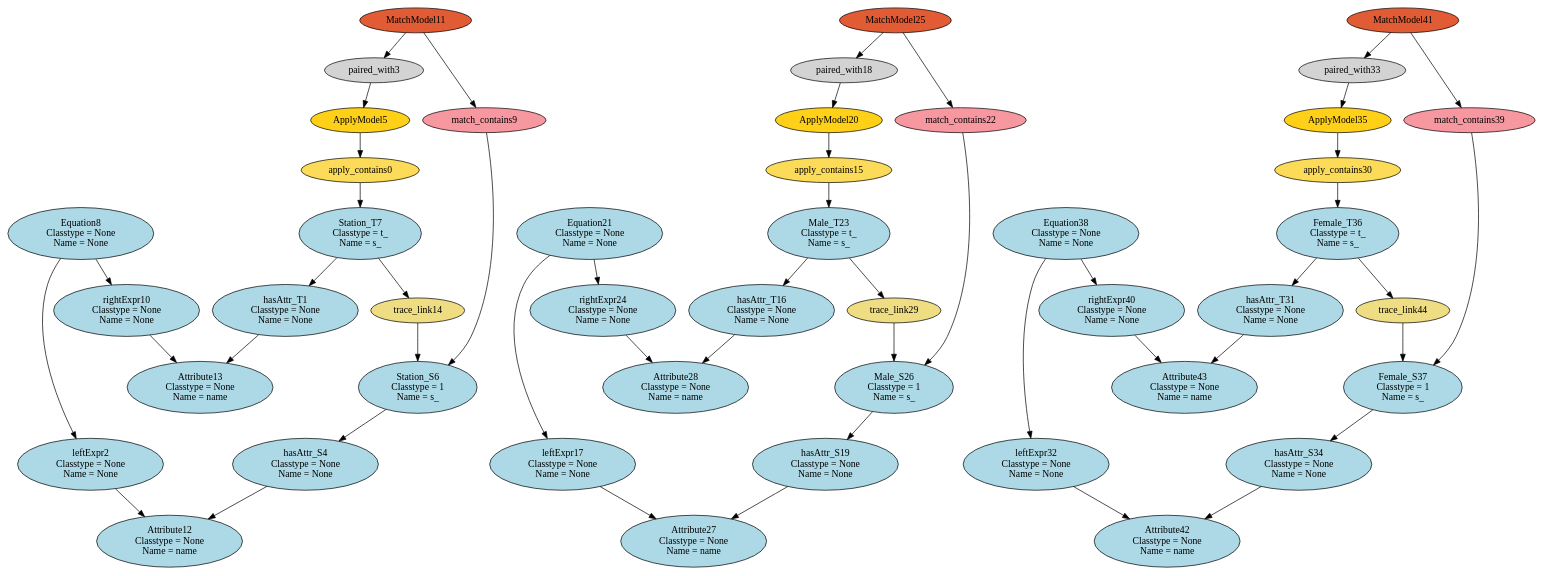
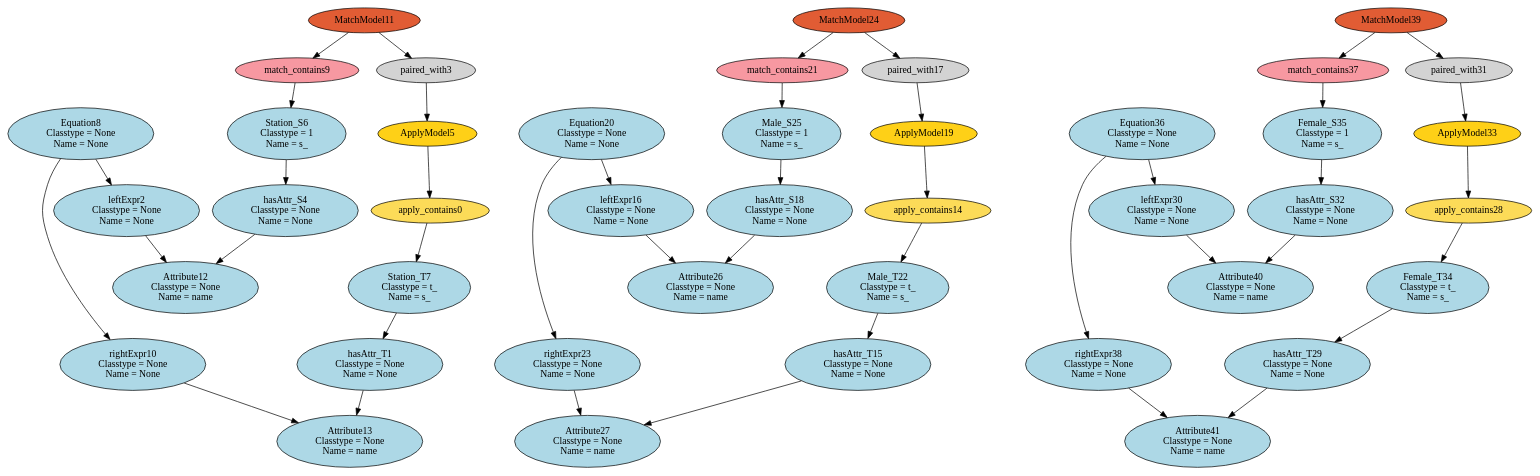
One commit to levilucio/SyVOLT changed the diagram in dot/HEmptyPathCondition_HS2S_HM2M_HF2F.dot. Above: the diagram before and after it, drawn with Graphviz. The commit also changed 146 other files, not shown here.

```diff
--- a/dot/HEmptyPathCondition_HS2S_HM2M_HF2F.dot
+++ b/dot/HEmptyPathCondition_HS2S_HM2M_HF2F.dot
@@ -1,95 +1,86 @@
 digraph HEmptyPathCondition_HS2S_HM2M_HF2F {
 apply_contains0 [style=filled, fillcolor="#FCDB58"];
 "hasAttr_T1\n Classtype = None\n Name = None" [style=filled, fillcolor=lightblue];
 "leftExpr2\n Classtype = None\n Name = None" [style=filled, fillcolor=lightblue];
 paired_with3 [style=filled, fillcolor=lightgray];
 "hasAttr_S4\n Classtype = None\n Name = None" [style=filled, fillcolor=lightblue];
 ApplyModel5 [style=filled, fillcolor="#FED017"];
 "Station_S6\n Classtype = 1\n Name = s_" [style=filled, fillcolor=lightblue];
 "Station_T7\n Classtype = t_\n Name = s_" [style=filled, fillcolor=lightblue];
 "Equation8\n Classtype = None\n Name = None" [style=filled, fillcolor=lightblue];
 match_contains9 [style=filled, fillcolor="#F798A1"];
 "rightExpr10\n Classtype = None\n Name = None" [style=filled, fillcolor=lightblue];
 MatchModel11 [style=filled, fillcolor="#E15C34"];
 "Attribute12\n Classtype = None\n Name = name" [style=filled, fillcolor=lightblue];
 "Attribute13\n Classtype = None\n Name = name" [style=filled, fillcolor=lightblue];
-trace_link14 [style=filled, fillcolor=lightgoldenrod];
-apply_contains15 [style=filled, fillcolor="#FCDB58"];
-"hasAttr_T16\n Classtype = None\n Name = None" [style=filled, fillcolor=lightblue];
-"leftExpr17\n Classtype = None\n Name = None" [style=filled, fillcolor=lightblue];
-paired_with18 [style=filled, fillcolor=lightgray];
-"hasAttr_S19\n Classtype = None\n Name = None" [style=filled, fillcolor=lightblue];
-ApplyModel20 [style=filled, fillcolor="#FED017"];
-"Equation21\n Classtype = None\n Name = None" [style=filled, fillcolor=lightblue];
-match_contains22 [style=filled, fillcolor="#F798A1"];
-"Male_T23\n Classtype = t_\n Name = s_" [style=filled, fillcolor=lightblue];
-"rightExpr24\n Classtype = None\n Name = None" [style=filled, fillcolor=lightblue];
-MatchModel25 [style=filled, fillcolor="#E15C34"];
-"Male_S26\n Classtype = 1\n Name = s_" [style=filled, fillcolor=lightblue];
+apply_contains14 [style=filled, fillcolor="#FCDB58"];
+"hasAttr_T15\n Classtype = None\n Name = None" [style=filled, fillcolor=lightblue];
+"leftExpr16\n Classtype = None\n Name = None" [style=filled, fillcolor=lightblue];
+paired_with17 [style=filled, fillcolor=lightgray];
+"hasAttr_S18\n Classtype = None\n Name = None" [style=filled, fillcolor=lightblue];
+ApplyModel19 [style=filled, fillcolor="#FED017"];
+"Equation20\n Classtype = None\n Name = None" [style=filled, fillcolor=lightblue];
+match_contains21 [style=filled, fillcolor="#F798A1"];
+"Male_T22\n Classtype = t_\n Name = s_" [style=filled, fillcolor=lightblue];
+"rightExpr23\n Classtype = None\n Name = None" [style=filled, fillcolor=lightblue];
+MatchModel24 [style=filled, fillcolor="#E15C34"];
+"Male_S25\n Classtype = 1\n Name = s_" [style=filled, fillcolor=lightblue];
+"Attribute26\n Classtype = None\n Name = name" [style=filled, fillcolor=lightblue];
 "Attribute27\n Classtype = None\n Name = name" [style=filled, fillcolor=lightblue];
-"Attribute28\n Classtype = None\n Name = name" [style=filled, fillcolor=lightblue];
-trace_link29 [style=filled, fillcolor=lightgoldenrod];
-apply_contains30 [style=filled, fillcolor="#FCDB58"];
-"hasAttr_T31\n Classtype = None\n Name = None" [style=filled, fillcolor=lightblue];
-"leftExpr32\n Classtype = None\n Name = None" [style=filled, fillcolor=lightblue];
-paired_with33 [style=filled, fillcolor=lightgray];
-"hasAttr_S34\n Classtype = None\n Name = None" [style=filled, fillcolor=lightblue];
-ApplyModel35 [style=filled, fillcolor="#FED017"];
-"Female_T36\n Classtype = t_\n Name = s_" [style=filled, fillcolor=lightblue];
-"Female_S37\n Classtype = 1\n Name = s_" [style=filled, fillcolor=lightblue];
-"Equation38\n Classtype = None\n Name = None" [style=filled, fillcolor=lightblue];
-match_contains39 [style=filled, fillcolor="#F798A1"];
-"rightExpr40\n Classtype = None\n Name = None" [style=filled, fillcolor=lightblue];
-MatchModel41 [style=filled, fillcolor="#E15C34"];
-"Attribute42\n Classtype = None\n Name = name" [style=filled, fillcolor=lightblue];
-"Attribute43\n Classtype = None\n Name = name" [style=filled, fillcolor=lightblue];
-trace_link44 [style=filled, fillcolor=lightgoldenrod];
+apply_contains28 [style=filled, fillcolor="#FCDB58"];
+"hasAttr_T29\n Classtype = None\n Name = None" [style=filled, fillcolor=lightblue];
+"leftExpr30\n Classtype = None\n Name = None" [style=filled, fillcolor=lightblue];
+paired_with31 [style=filled, fillcolor=lightgray];
+"hasAttr_S32\n Classtype = None\n Name = None" [style=filled, fillcolor=lightblue];
+ApplyModel33 [style=filled, fillcolor="#FED017"];
+"Female_T34\n Classtype = t_\n Name = s_" [style=filled, fillcolor=lightblue];
+"Female_S35\n Classtype = 1\n Name = s_" [style=filled, fillcolor=lightblue];
+"Equation36\n Classtype = None\n Name = None" [style=filled, fillcolor=lightblue];
+match_contains37 [style=filled, fillcolor="#F798A1"];
+"rightExpr38\n Classtype = None\n Name = None" [style=filled, fillcolor=lightblue];
+MatchModel39 [style=filled, fillcolor="#E15C34"];
+"Attribute40\n Classtype = None\n Name = name" [style=filled, fillcolor=lightblue];
+"Attribute41\n Classtype = None\n Name = name" [style=filled, fillcolor=lightblue];
 ApplyModel5 -> apply_contains0;
 apply_contains0 -> "Station_T7\n Classtype = t_\n Name = s_";
 "Station_T7\n Classtype = t_\n Name = s_" -> "hasAttr_T1\n Classtype = None\n Name = None";
 "hasAttr_T1\n Classtype = None\n Name = None" -> "Attribute13\n Classtype = None\n Name = name";
 "Equation8\n Classtype = None\n Name = None" -> "leftExpr2\n Classtype = None\n Name = None";
 "leftExpr2\n Classtype = None\n Name = None" -> "Attribute12\n Classtype = None\n Name = name";
 MatchModel11 -> paired_with3;
 paired_with3 -> ApplyModel5;
 "Station_S6\n Classtype = 1\n Name = s_" -> "hasAttr_S4\n Classtype = None\n Name = None";
 "hasAttr_S4\n Classtype = None\n Name = None" -> "Attribute12\n Classtype = None\n Name = name";
 match_contains9 -> "Station_S6\n Classtype = 1\n Name = s_";
 "Equation8\n Classtype = None\n Name = None" -> "rightExpr10\n Classtype = None\n Name = None";
 MatchModel11 -> match_contains9;
 "rightExpr10\n Classtype = None\n Name = None" -> "Attribute13\n Classtype = None\n Name = name";
-trace_link14 -> "Station_S6\n Classtype = 1\n Name = s_";
-"Station_T7\n Classtype = t_\n Name = s_" -> trace_link14;
-ApplyModel20 -> apply_contains15;
-apply_contains15 -> "Male_T23\n Classtype = t_\n Name = s_";
-"Male_T23\n Classtype = t_\n Name = s_" -> "hasAttr_T16\n Classtype = None\n Name = None";
-"hasAttr_T16\n Classtype = None\n Name = None" -> "Attribute28\n Classtype = None\n Name = name";
-"Equation21\n Classtype = None\n Name = None" -> "leftExpr17\n Classtype = None\n Name = None";
-"leftExpr17\n Classtype = None\n Name = None" -> "Attribute27\n Classtype = None\n Name = name";
-MatchModel25 -> paired_with18;
-paired_with18 -> ApplyModel20;
-"Male_S26\n Classtype = 1\n Name = s_" -> "hasAttr_S19\n Classtype = None\n Name = None";
-"hasAttr_S19\n Classtype = None\n Name = None" -> "Attribute27\n Classtype = None\n Name = name";
-"Equation21\n Classtype = None\n Name = None" -> "rightExpr24\n Classtype = None\n Name = None";
-MatchModel25 -> match_contains22;
-match_contains22 -> "Male_S26\n Classtype = 1\n Name = s_";
-"rightExpr24\n Classtype = None\n Name = None" -> "Attribute28\n Classtype = None\n Name = name";
-trace_link29 -> "Male_S26\n Classtype = 1\n Name = s_";
-"Male_T23\n Classtype = t_\n Name = s_" -> trace_link29;
-ApplyModel35 -> apply_contains30;
-apply_contains30 -> "Female_T36\n Classtype = t_\n Name = s_";
-"Female_T36\n Classtype = t_\n Name = s_" -> "hasAttr_T31\n Classtype = None\n Name = None";
-"hasAttr_T31\n Classtype = None\n Name = None" -> "Attribute43\n Classtype = None\n Name = name";
-"Equation38\n Classtype = None\n Name = None" -> "leftExpr32\n Classtype = None\n Name = None";
-"leftExpr32\n Classtype = None\n Name = None" -> "Attribute42\n Classtype = None\n Name = name";
-MatchModel41 -> paired_with33;
-paired_with33 -> ApplyModel35;
-"Female_S37\n Classtype = 1\n Name = s_" -> "hasAttr_S34\n Classtype = None\n Name = None";
-"hasAttr_S34\n Classtype = None\n Name = None" -> "Attribute42\n Classtype = None\n Name = name";
-match_contains39 -> "Female_S37\n Classtype = 1\n Name = s_";
-"Equation38\n Classtype = None\n Name = None" -> "rightExpr40\n Classtype = None\n Name = None";
-MatchModel41 -> match_contains39;
-"rightExpr40\n Classtype = None\n Name = None" -> "Attribute43\n Classtype = None\n Name = name";
-trace_link44 -> "Female_S37\n Classtype = 1\n Name = s_";
-"Female_T36\n Classtype = t_\n Name = s_" -> trace_link44;
+ApplyModel19 -> apply_contains14;
+apply_contains14 -> "Male_T22\n Classtype = t_\n Name = s_";
+"Male_T22\n Classtype = t_\n Name = s_" -> "hasAttr_T15\n Classtype = None\n Name = None";
+"hasAttr_T15\n Classtype = None\n Name = None" -> "Attribute27\n Classtype = None\n Name = name";
+"Equation20\n Classtype = None\n Name = None" -> "leftExpr16\n Classtype = None\n Name = None";
+"leftExpr16\n Classtype = None\n Name = None" -> "Attribute26\n Classtype = None\n Name = name";
+MatchModel24 -> paired_with17;
+paired_with17 -> ApplyModel19;
+"Male_S25\n Classtype = 1\n Name = s_" -> "hasAttr_S18\n Classtype = None\n Name = None";
+"hasAttr_S18\n Classtype = None\n Name = None" -> "Attribute26\n Classtype = None\n Name = name";
+"Equation20\n Classtype = None\n Name = None" -> "rightExpr23\n Classtype = None\n Name = None";
+MatchModel24 -> match_contains21;
+match_contains21 -> "Male_S25\n Classtype = 1\n Name = s_";
+"rightExpr23\n Classtype = None\n Name = None" -> "Attribute27\n Classtype = None\n Name = name";
+ApplyModel33 -> apply_contains28;
+apply_contains28 -> "Female_T34\n Classtype = t_\n Name = s_";
+"Female_T34\n Classtype = t_\n Name = s_" -> "hasAttr_T29\n Classtype = None\n Name = None";
+"hasAttr_T29\n Classtype = None\n Name = None" -> "Attribute41\n Classtype = None\n Name = name";
+"Equation36\n Classtype = None\n Name = None" -> "leftExpr30\n Classtype = None\n Name = None";
+"leftExpr30\n Classtype = None\n Name = None" -> "Attribute40\n Classtype = None\n Name = name";
+MatchModel39 -> paired_with31;
+paired_with31 -> ApplyModel33;
+"Female_S35\n Classtype = 1\n Name = s_" -> "hasAttr_S32\n Classtype = None\n Name = None";
+"hasAttr_S32\n Classtype = None\n Name = None" -> "Attribute40\n Classtype = None\n Name = name";
+match_contains37 -> "Female_S35\n Classtype = 1\n Name = s_";
+"Equation36\n Classtype = None\n Name = None" -> "rightExpr38\n Classtype = None\n Name = None";
+MatchModel39 -> match_contains37;
+"rightExpr38\n Classtype = None\n Name = None" -> "Attribute41\n Classtype = None\n Name = name";
 }
```
